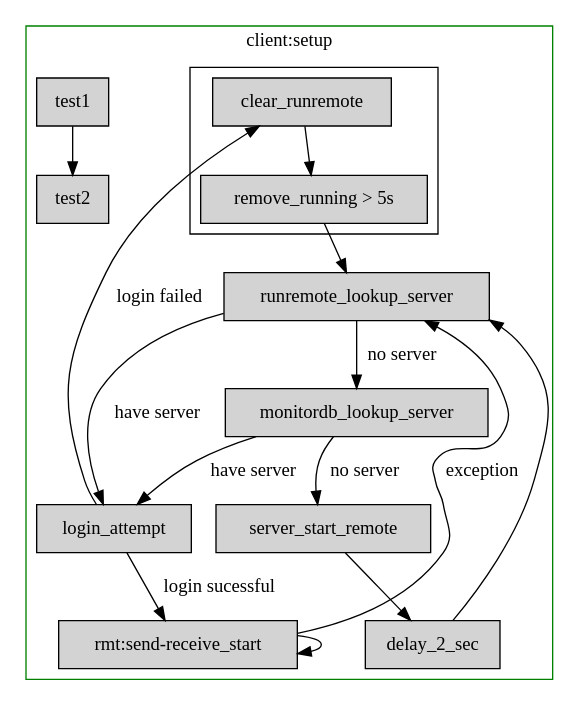
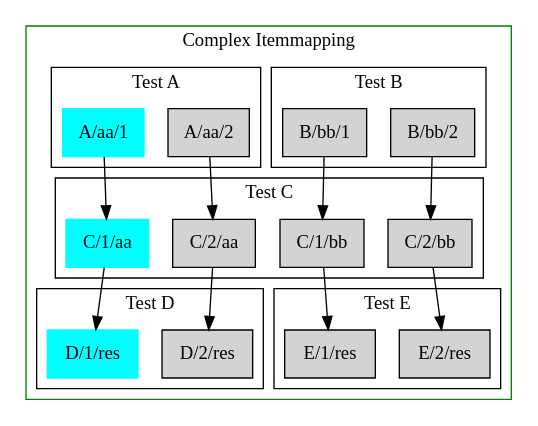
The diagram in docs/manual/complex-itemmap.dot (kiatoa/megatest), drawn with Graphviz before and after one commit. The commit also changed 11 other files, not shown here.

```diff
--- a/docs/manual/complex-itemmap.dot
+++ b/docs/manual/complex-itemmap.dot
@@ -1,35 +1,47 @@
 digraph G {
 
     // put client after server so server_start node is visible
     //
-    subgraph cluster_2 {
+    subgraph cluster_1 {
         node [style=filled,shape=box];
 	
-	"test1"                  -> test2;
-	runremote_lookup_server  -> login_attempt [label="have server"];
-	runremote_lookup_server  -> monitordb_lookup_server [label="no server"];
-
-	monitordb_lookup_server  -> login_attempt [label="have server"];
-	monitordb_lookup_server  -> server_start_remote [label="no server"];
-
-	server_start_remote      -> delay_2_sec;
-	delay_2_sec              -> runremote_lookup_server;
-
-	login_attempt            -> "rmt:send-receive_start" [label="login sucessful"];
-	"rmt:send-receive_start" -> "rmt:send-receive_start";
-
-	"rmt:send-receive_start" -> runremote_lookup_server [label=exception];
-	login_attempt            -> clear_runremote [label="login failed"];
-
-	"remove_running > 5s"    -> runremote_lookup_server;
-
 	subgraph cluster_3 {
 		node [style=filled];
-		clear_runremote          -> "remove_running > 5s";
+		label = "Test B";
+		"B/bb/2";
+		"B/bb/1";
+	}
+	subgraph cluster_2 {
+		node [style=filled];
+		label = "Test A";
+		"A/aa/2";
+		"A/aa/1" [color=cyan];
+	}
+	subgraph cluster_4 {
+		node [style=filled];
+		label = "Test C";
+		"C/1/aa" [color=cyan];
+		"A/aa/1" -> "C/1/aa";
+		"B/bb/1" -> "C/1/bb";
+		"A/aa/2" -> "C/2/aa";
+		"B/bb/2" -> "C/2/bb";
+	}
+	subgraph cluster_5 {
+		node [style=filled];
+		label = "Test D";
+		 "D/1/res" [color=cyan];
+		"C/1/aa" -> "D/1/res";
+		"C/2/aa" -> "D/2/res";
+	}
+	subgraph cluster_6 {
+		node [style=filled];
+		label = "Test E";
+		"C/1/bb" -> "E/1/res";
+		"C/2/bb" -> "E/2/res";
 	}
 
-        label = "client:setup";
+        label = "Complex Itemmapping";
         color=green;
     }
 
 }
```
